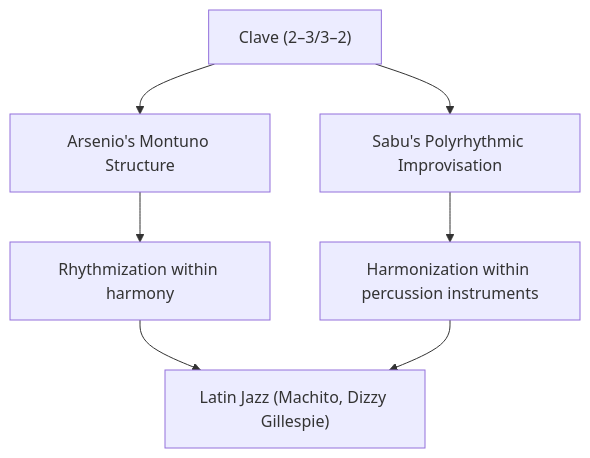
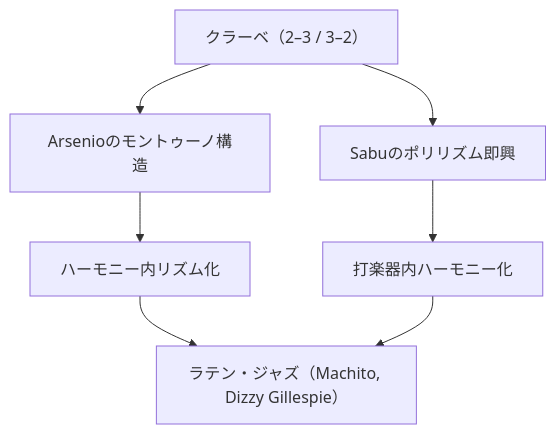
The first of 2 diagrams in en/_posts/2025-10-30-column-sabu-martinez-arsenio-rodriguez.md (monumental-movement/monumental-movement.github.io), drawn with Mermaid before and after one commit. The commit also changed other lines of this file and 2196 other files, not shown here.

```diff
--- a/en/_posts/2025-10-30-column-sabu-martinez-arsenio-rodriguez.md
+++ b/en/_posts/2025-10-30-column-sabu-martinez-arsenio-rodriguez.md
@@ -134,11 +133,11 @@
 <div class="mermaid">
 
 flowchart TD
-    A["Clave (2–3/3–2)"] --> B["Arsenio's Montuno Structure"]
-    A --> C["Sabu's Polyrhythmic Improvisation"]
-    B --> D["Rhythmization within harmony"]
-    C --> E["Harmonization within percussion instruments"]
-    D --> F["Latin Jazz (Machito, Dizzy Gillespie)"]
+    A["クラーベ（2–3 / 3–2）"] --> B["Arsenioのモントゥーノ構造"]
+    A --> C["Sabuのポリリズム即興"]
+    B --> D["ハーモニー内リズム化"]
+    C --> E["打楽器内ハーモニー化"]
+    D --> F["ラテン・ジャズ（Machito, Dizzy Gillespie）"]
     E --> F
 
 </div>
```
